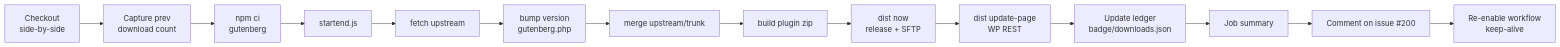
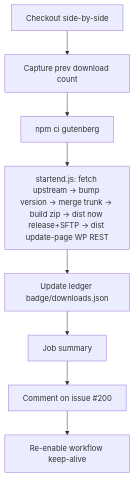
One commit to bph/distribute-nightly changed the diagram in documentation/RUNBOOK.md. Above: the diagram before and after it, drawn with Mermaid.

Commit message:
docs(runbook): vertical pipeline diagram, condense whitespace

````diff
--- a/documentation/RUNBOOK.md
+++ b/documentation/RUNBOOK.md
@@ -15,16 +15,10 @@
 ```mermaid
-graph LR
-    A[Checkout<br/>side-by-side] --> B[Capture prev<br/>download count]
-    B --> C[npm ci<br/>gutenberg]
-    C --> D[startend.js]
-    D --> D1[fetch upstream]
-    D1 --> D2[bump version<br/>gutenberg.php]
-    D2 --> D3[merge upstream/trunk]
-    D3 --> D4[build plugin zip]
-    D4 --> D5[dist now<br/>release + SFTP]
-    D5 --> D6[dist update-page<br/>WP REST]
-    D6 --> E[Update ledger<br/>badge/downloads.json]
+graph TD
+    A[Checkout side-by-side] --> B[Capture prev download count]
+    B --> C[npm ci gutenberg]
+    C --> D[startend.js: fetch upstream → bump version → merge trunk → build zip → dist now release+SFTP → dist update-page WP REST]
+    D --> E[Update ledger badge/downloads.json]
     E --> F[Job summary]
     F --> G[Comment on issue #200]
-    G --> H[Re-enable workflow<br/>keep-alive]
+    G --> H[Re-enable workflow keep-alive]
 ```
````
